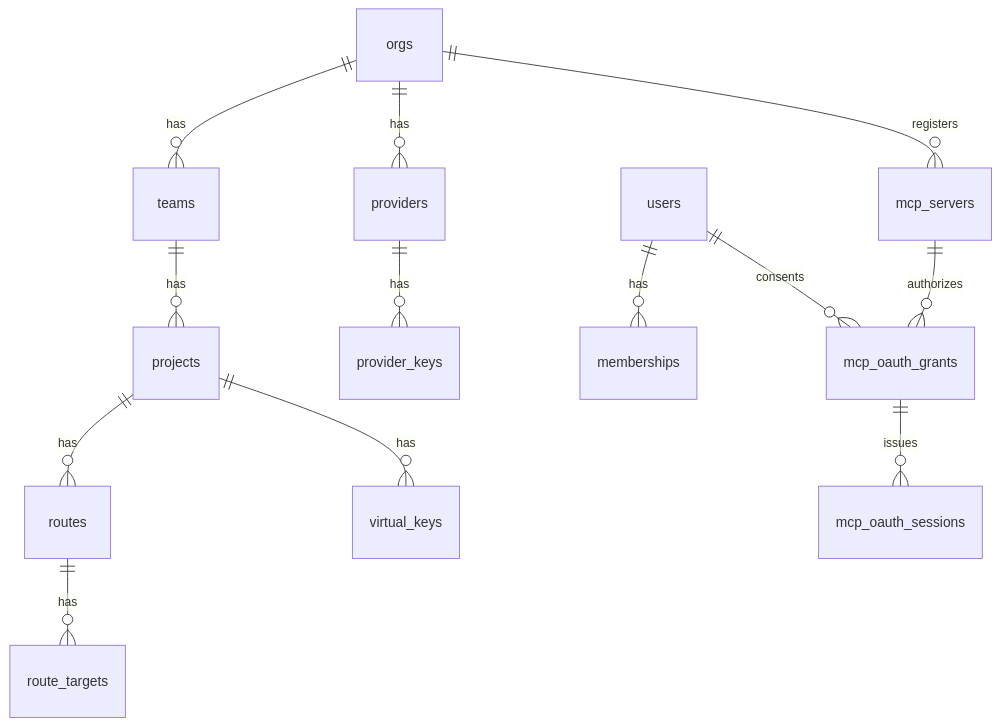
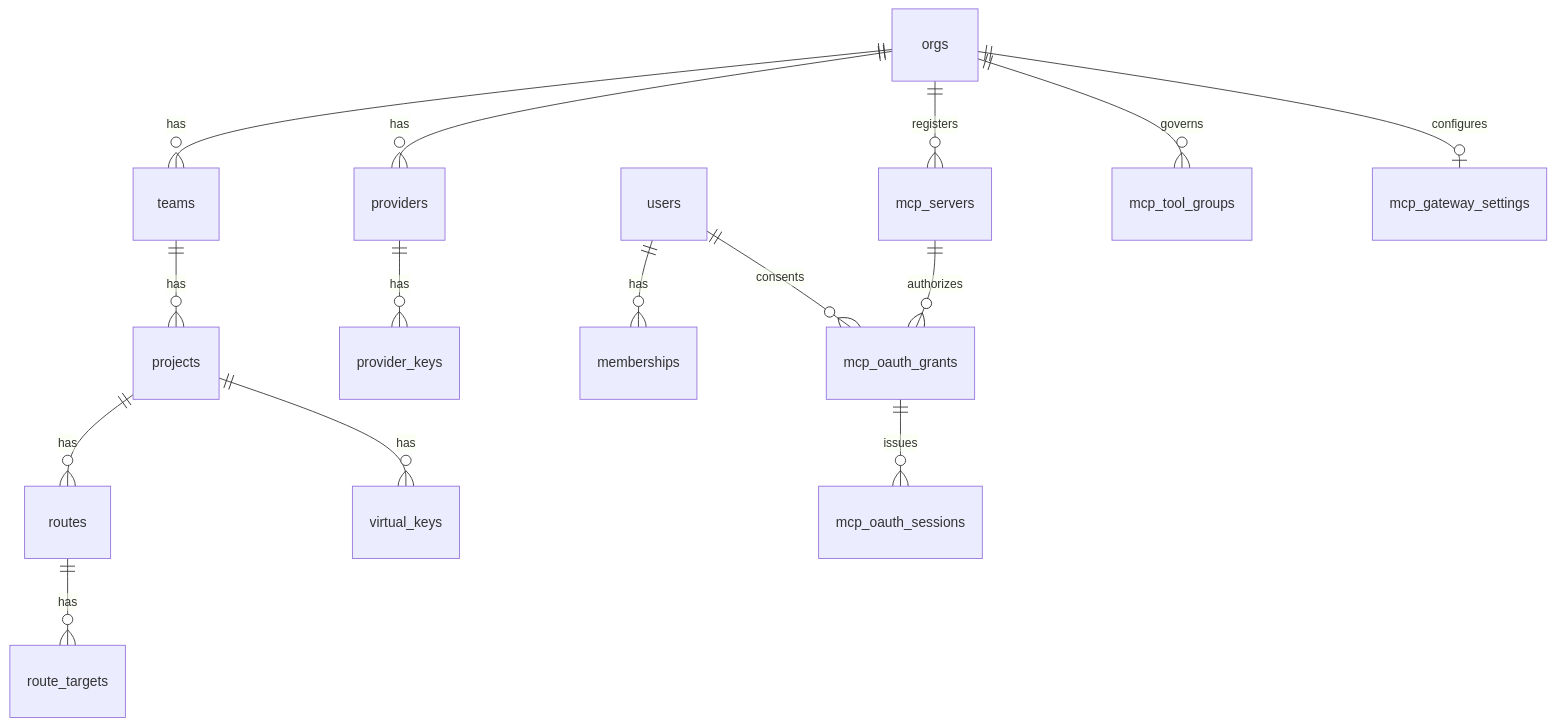
Before and after one commit to ormeilu/rolter: the diagram in docs/architecture/data-model.md, drawn with Mermaid. The commit also changed other lines of this file and 16 other files, not shown here.

````diff
--- a/docs/architecture/data-model.md
+++ b/docs/architecture/data-model.md
@@ -7,15 +7,17 @@
 ```mermaid
 erDiagram
   orgs ||--o{ teams : has
   teams ||--o{ projects : has
   projects ||--o{ routes : has
   routes ||--o{ route_targets : has
   projects ||--o{ virtual_keys : has
   orgs ||--o{ providers : has
   providers ||--o{ provider_keys : has
   users ||--o{ memberships : has
   orgs ||--o{ mcp_servers : registers
   users ||--o{ mcp_oauth_grants : consents
   mcp_servers ||--o{ mcp_oauth_grants : authorizes
+  orgs ||--o{ mcp_tool_groups : governs
+  orgs ||--o| mcp_gateway_settings : configures
   mcp_oauth_grants ||--o{ mcp_oauth_sessions : issues
 ```
````
